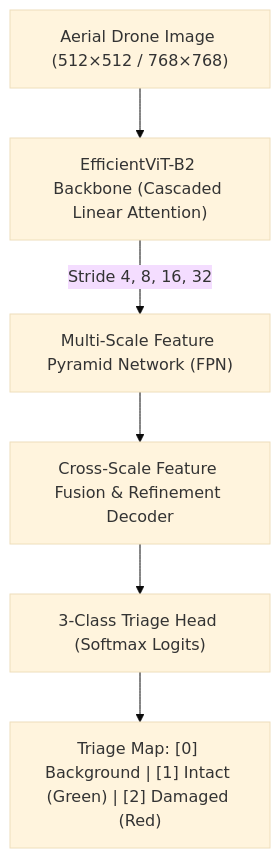
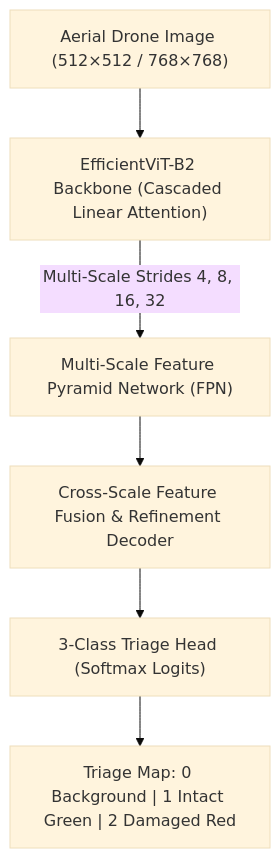
One commit to AhmadHasssan9181/QuakeSentinel changed the diagram in README.md. Above: the diagram before and after it, drawn with Mermaid (base theme).

Commit message:
fix(docs): resolve Mermaid bracket edge labels for GitHub parser

````diff
--- a/README.md
+++ b/README.md
@@ -60,8 +60,8 @@
 ```mermaid
 graph TD
     Input["Aerial Drone Image (512×512 / 768×768)"] --> Backbone["EfficientViT-B2 Backbone (Cascaded Linear Attention)"]
-    Backbone --> |Stride 4, 8, 16, 32| FPN["Multi-Scale Feature Pyramid Network (FPN)"]
+    Backbone -->|"Multi-Scale Strides 4, 8, 16, 32"| FPN["Multi-Scale Feature Pyramid Network (FPN)"]
     FPN --> Fusion["Cross-Scale Feature Fusion & Refinement Decoder"]
     Fusion --> Head["3-Class Triage Head (Softmax Logits)"]
-    Head --> Output["Triage Map: [0] Background | [1] Intact (Green) | [2] Damaged (Red)"]
+    Head --> Output["Triage Map: 0 Background | 1 Intact Green | 2 Damaged Red"]
 ```
````
